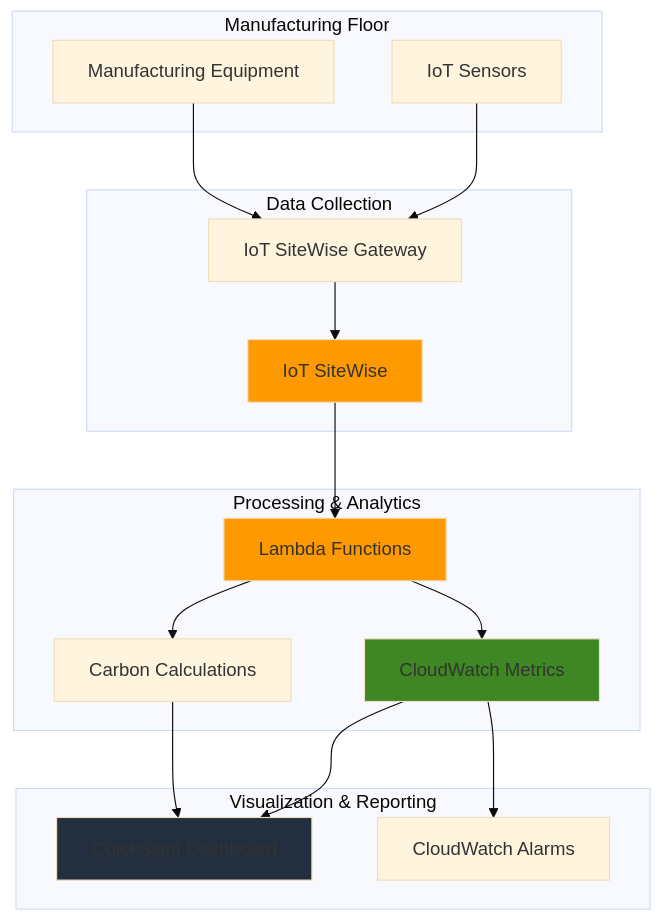
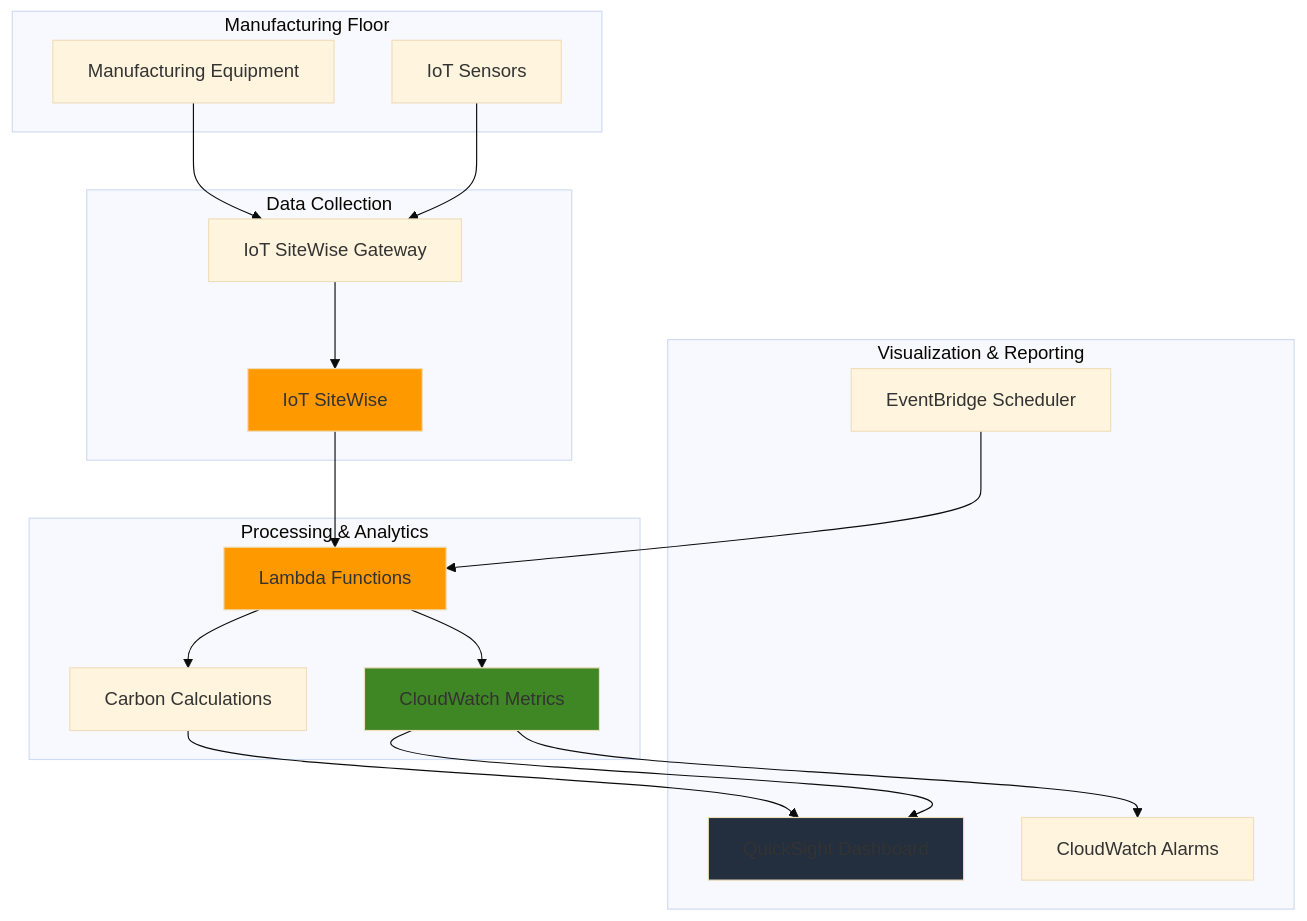
Before and after one commit to mzazon/awesome-cloud-projects: the diagram in aws/sustainable-manufacturing-monitoring/sustainable-manufacturing-monitoring.md, drawn with Mermaid (base theme). The commit also changed other lines of this file and 5581 other files, not shown here.

````diff
--- a/aws/sustainable-manufacturing-monitoring/sustainable-manufacturing-monitoring.md
+++ b/aws/sustainable-manufacturing-monitoring/sustainable-manufacturing-monitoring.md
@@ -30,38 +30,40 @@
 ```mermaid
 graph TB
     subgraph "Manufacturing Floor"
         SENSORS[IoT Sensors]
         EQUIPMENT[Manufacturing Equipment]
     end
     
     subgraph "Data Collection"
         GATEWAY[IoT SiteWise Gateway]
         SITEWISE[IoT SiteWise]
     end
     
     subgraph "Processing & Analytics"
         LAMBDA[Lambda Functions]
         CW[CloudWatch Metrics]
         CARBON[Carbon Calculations]
     end
     
     subgraph "Visualization & Reporting"
         QS[QuickSight Dashboard]
         ALERTS[CloudWatch Alarms]
+        EVENTBRIDGE[EventBridge Scheduler]
     end
     
     SENSORS-->GATEWAY
     EQUIPMENT-->GATEWAY
     GATEWAY-->SITEWISE
     SITEWISE-->LAMBDA
     LAMBDA-->CW
     LAMBDA-->CARBON
     CW-->QS
     CARBON-->QS
     CW-->ALERTS
+    EVENTBRIDGE-->LAMBDA
     
     style SITEWISE fill:#FF9900
     style LAMBDA fill:#FF9900
     style CW fill:#3F8624
     style QS fill:#232F3E
 ```
````
